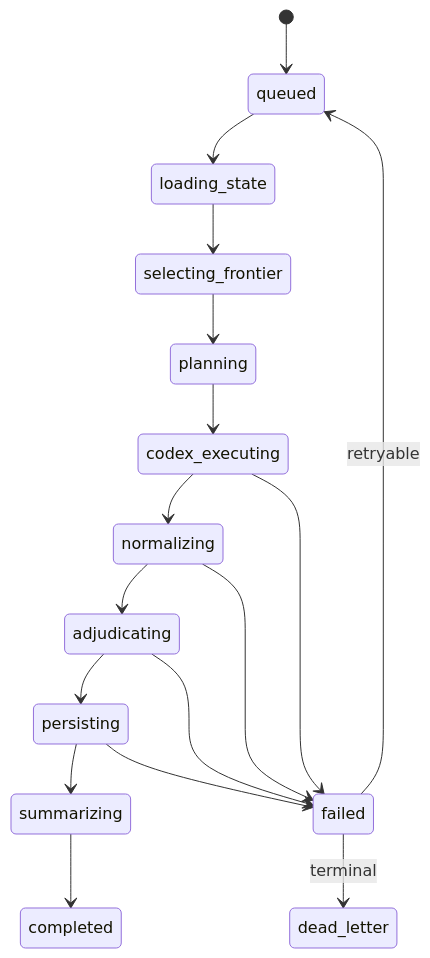
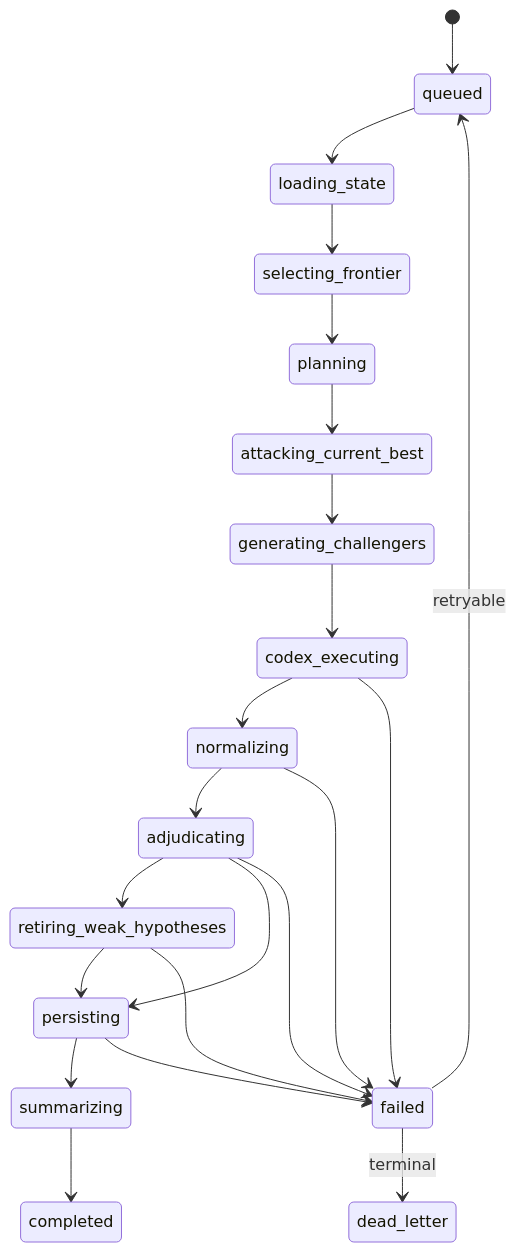
One commit to winehouse8/codex_continual_research_bot changed the second of 4 diagrams in ARCH.md. Above: the diagram before and after it, drawn with Mermaid. The commit also changed other lines of this file and 1 other file, not shown here.

````diff
--- a/ARCH.md
+++ b/ARCH.md
@@ -388,19 +422,24 @@
 ```mermaid
 stateDiagram-v2
     [*] --> queued
     queued --> loading_state
     loading_state --> selecting_frontier
     selecting_frontier --> planning
-    planning --> codex_executing
+    planning --> attacking_current_best
+    attacking_current_best --> generating_challengers
+    generating_challengers --> codex_executing
     codex_executing --> normalizing
     normalizing --> adjudicating
+    adjudicating --> retiring_weak_hypotheses
+    retiring_weak_hypotheses --> persisting
     adjudicating --> persisting
     persisting --> summarizing
     summarizing --> completed
     codex_executing --> failed
     normalizing --> failed
     adjudicating --> failed
+    retiring_weak_hypotheses --> failed
     persisting --> failed
     failed --> queued: retryable
     failed --> dead_letter: terminal
 ```
````
